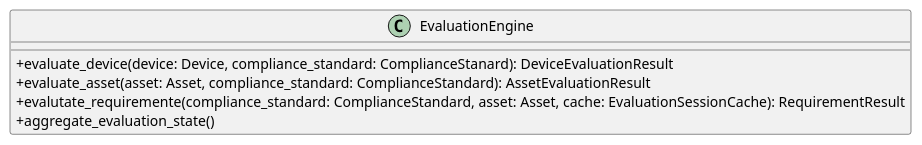
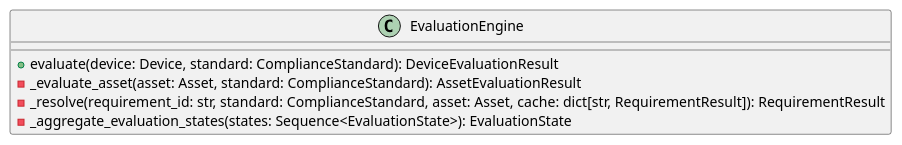
The diagram in src/PB/DocumentazioneEsterna/Specifica_Tecnica/content/uml/puml/Diagrammi_classi/Backend/Domain/EvaluationEngine.puml (GroupRubberDuck/Documentazione), drawn with PlantUML before and after one commit.

Commit message:
Feat: modifiche di dominio con answer in evaluation object

```diff
--- a/src/PB/DocumentazioneEsterna/Specifica_Tecnica/content/uml/puml/Diagrammi_classi/Backend/Domain/EvaluationEngine.puml
+++ b/src/PB/DocumentazioneEsterna/Specifica_Tecnica/content/uml/puml/Diagrammi_classi/Backend/Domain/EvaluationEngine.puml
@@ -1,14 +1,11 @@
 @startuml EvaluationEngine
-skinparam linetype ortho
-skinparam classAttributeIconSize 0
 
 class EvaluationEngine {
  
-    + evaluate_device(device: Device, compliance_standard: ComplianceStanard): DeviceEvaluationResult
-    + evaluate_asset(asset: Asset, compliance_standard: ComplianceStandard): AssetEvaluationResult
-    + evalutate_requiremente(compliance_standard: ComplianceStandard, asset: Asset, cache: EvaluationSessionCache): RequirementResult
-    + aggregate_evaluation_state()
+    + evaluate(device: Device, standard: ComplianceStandard): DeviceEvaluationResult
+    - _evaluate_asset(asset: Asset, standard: ComplianceStandard): AssetEvaluationResult
+    - _resolve(requirement_id: str, standard: ComplianceStandard, asset: Asset, cache: dict[str, RequirementResult]): RequirementResult
+    - _aggregate_evaluation_states(states: Sequence<EvaluationState>): EvaluationState
 }
 
-
 @enduml
```
